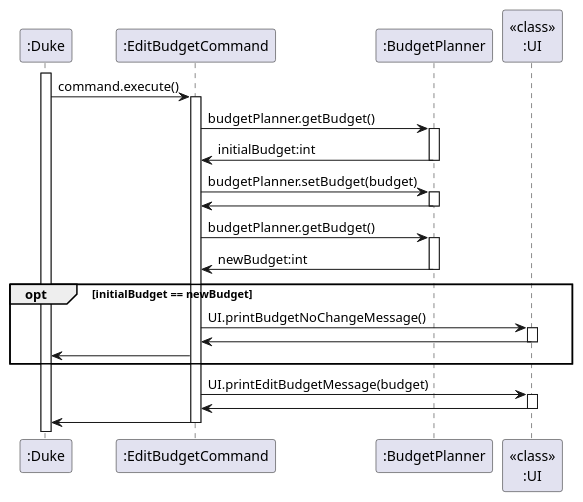
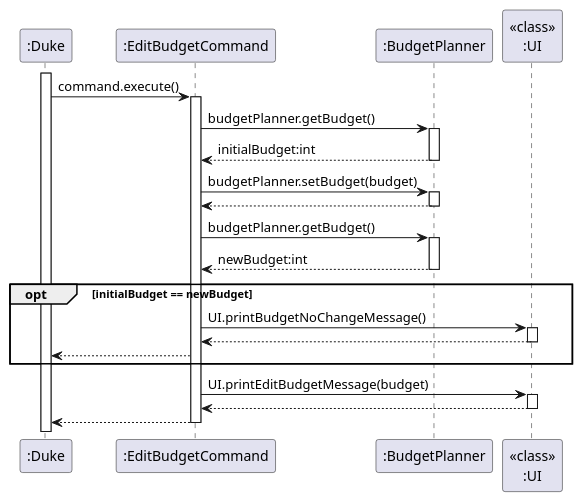
Before and after one commit to nus-cs2113-AY2223S2/tp: the diagram in docs/diagrams/budget/EditBudgetCommand.puml, drawn with PlantUML. The commit also changed 5 other files, not shown here.

```diff
--- a/docs/diagrams/budget/EditBudgetCommand.puml
+++ b/docs/diagrams/budget/EditBudgetCommand.puml
@@ -1,31 +1,31 @@
 @startuml
 'https://plantuml.com/sequence-diagram
 activate ":Duke"
 ":Duke" -> ":EditBudgetCommand" : command.execute()
 activate ":EditBudgetCommand"
 ":EditBudgetCommand" -> ":BudgetPlanner" : budgetPlanner.getBudget()
 activate ":BudgetPlanner"
-":EditBudgetCommand" <- ":BudgetPlanner" : initialBudget:int
+":EditBudgetCommand" <-- ":BudgetPlanner" : initialBudget:int
 deactivate ":BudgetPlanner"
 ":EditBudgetCommand" -> ":BudgetPlanner" : budgetPlanner.setBudget(budget)
 activate ":BudgetPlanner"
-":EditBudgetCommand" <- ":BudgetPlanner"
+":EditBudgetCommand" <-- ":BudgetPlanner"
 deactivate ":BudgetPlanner"
 ":EditBudgetCommand" -> ":BudgetPlanner" : budgetPlanner.getBudget()
 activate ":BudgetPlanner"
-":EditBudgetCommand" <- ":BudgetPlanner" : newBudget:int
+":EditBudgetCommand" <-- ":BudgetPlanner" : newBudget:int
 deactivate ":BudgetPlanner"
 opt initialBudget == newBudget
 ":EditBudgetCommand" -> "<<class>>\n:UI" : UI.printBudgetNoChangeMessage()
 activate "<<class>>\n:UI"
-":EditBudgetCommand" <- "<<class>>\n:UI"
+":EditBudgetCommand" <-- "<<class>>\n:UI"
 deactivate "<<class>>\n:UI"
-":EditBudgetCommand" -> ":Duke"
+":EditBudgetCommand" --> ":Duke"
 end
 ":EditBudgetCommand" -> "<<class>>\n:UI" : UI.printEditBudgetMessage(budget)
 activate "<<class>>\n:UI"
-":EditBudgetCommand" <- "<<class>>\n:UI"
+":EditBudgetCommand" <-- "<<class>>\n:UI"
 deactivate "<<class>>\n:UI"
-":EditBudgetCommand" -> ":Duke"
+":EditBudgetCommand" --> ":Duke"
 deactivate ":EditBudgetCommand"
 @enduml
```
